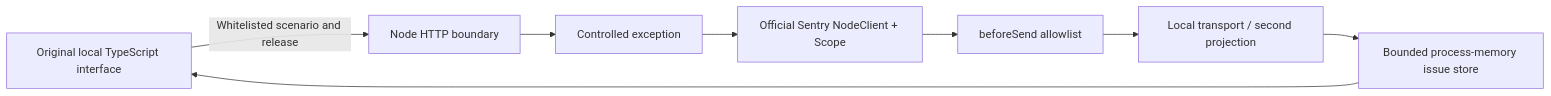
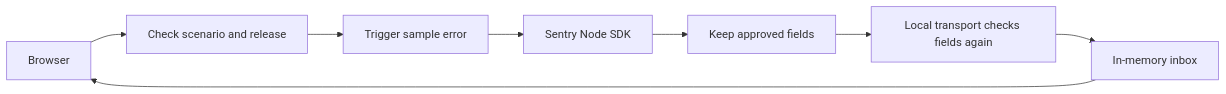
Before and after one commit to walker-ke/sentry-observability-demo: the diagram in docs/ARCHITECTURE.md, drawn with Mermaid. The commit also changed other lines of this file and 5 other files, not shown here.

````diff
--- a/docs/ARCHITECTURE.md
+++ b/docs/ARCHITECTURE.md
@@ -3,10 +5,10 @@
 ```mermaid
 flowchart LR
-  UI[Original local TypeScript interface] -->|Whitelisted scenario and release| API[Node HTTP boundary]
-  API --> Throw[Controlled exception]
-  Throw --> SDK[Official Sentry NodeClient + Scope]
-  SDK --> Policy[beforeSend allowlist]
-  Policy --> Transport[Local transport / second projection]
-  Transport --> Store[Bounded process-memory issue store]
+  UI[Browser] --> API[Check scenario and release]
+  API --> Error[Trigger sample error]
+  Error --> SDK[Sentry Node SDK]
+  SDK --> Filter[Keep approved fields]
+  Filter --> Transport[Local transport checks fields again]
+  Transport --> Store[In-memory inbox]
   Store --> UI
 ```
````
